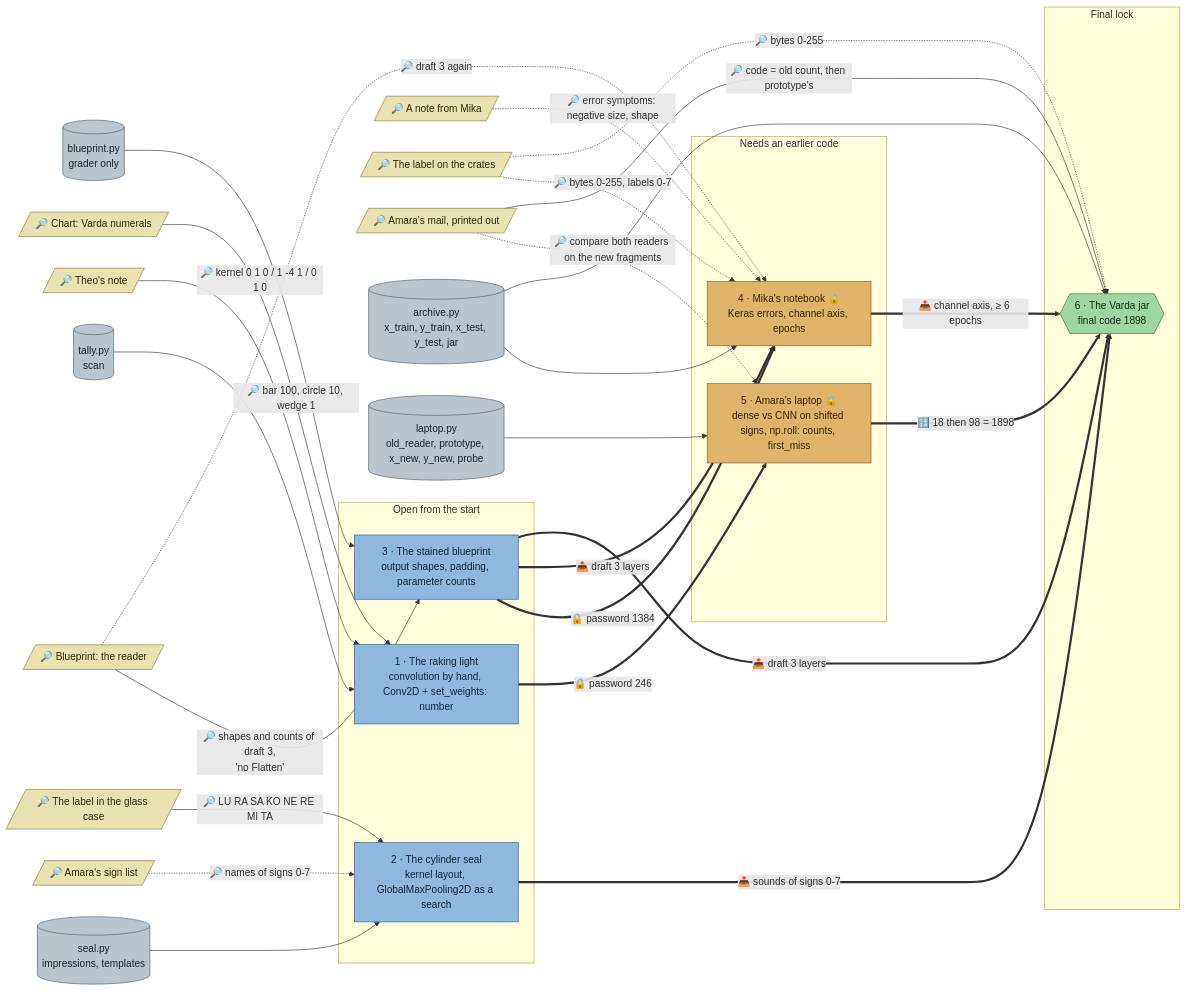
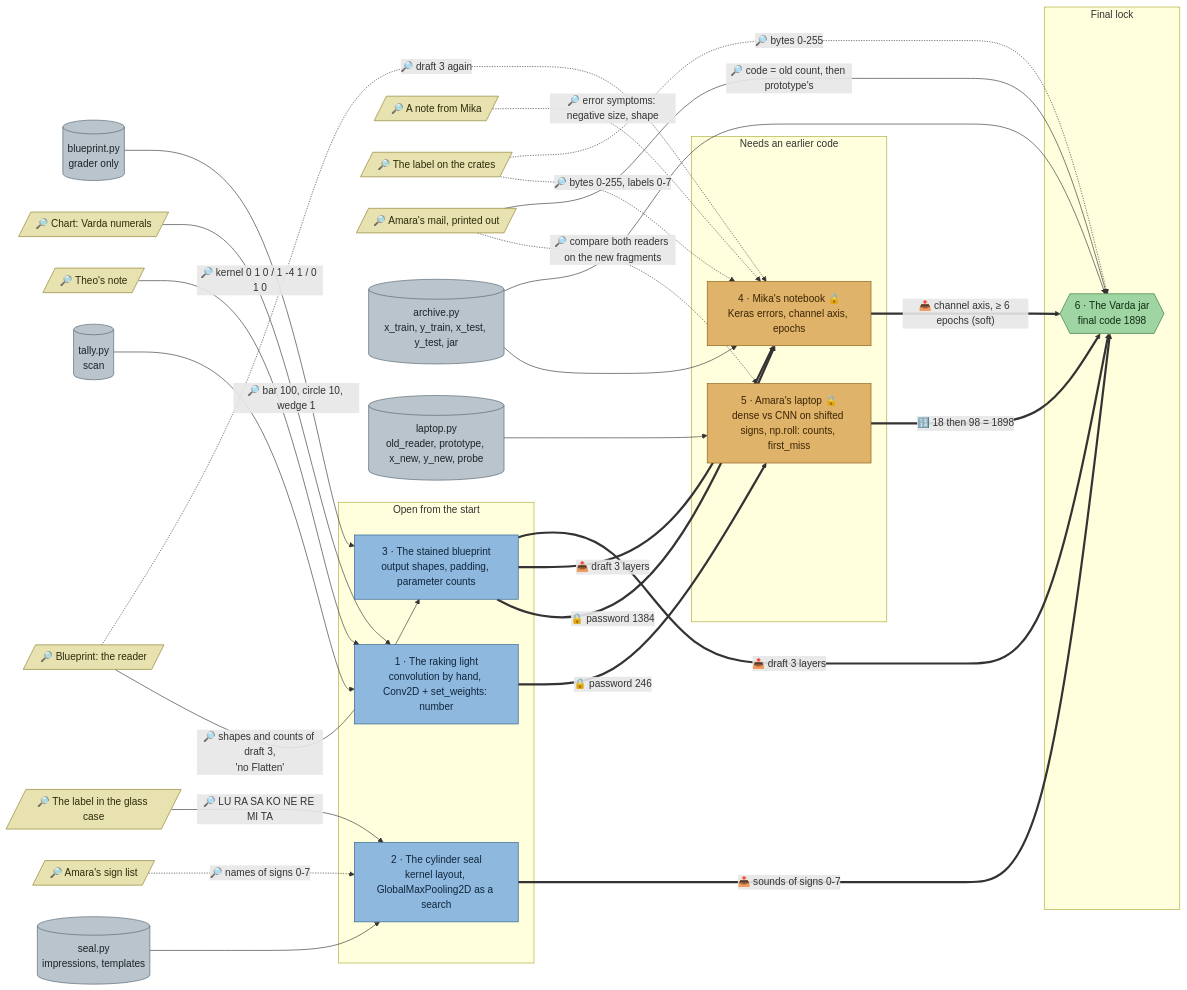
The diagram in docs/flows/nn-tablets.md (mhoffmann-wbs/DataScienceEscapeRooms), drawn with Mermaid before and after one commit. The commit also changed other lines of this file and 5 other files, not shown here.

Commit message:
The Varda Tablets: the final now also checks the lid's fields (scaled, with a channel axis) and that the signs are what the team's own reader reads from them, so the lid can't be read off by eye

````diff
--- a/docs/flows/nn-tablets.md
+++ b/docs/flows/nn-tablets.md
@@ -5,70 +5,70 @@
 ```mermaid
 flowchart LR
   theonote[/"🔎 Theo's note"/]
   numerals[/"🔎 Chart: Varda numerals"/]
   signlist[/"🔎 Amara's sign list"/]
   sealcaption[/"🔎 The label in the glass case"/]
   blueprintsheet[/"🔎 Blueprint: the reader"/]
   mikanote[/"🔎 A note from Mika"/]
   archivelabel[/"🔎 The label on the crates"/]
   amaramail[/"🔎 Amara's mail, printed out"/]
 
   d_tally[("tally.py<br/>scan")]
   d_seal[("seal.py<br/>impressions, templates")]
   d_blueprint[("blueprint.py<br/>grader only")]
   d_archive[("archive.py<br/>x_train, y_train, x_test, y_test, jar")]
   d_laptop[("laptop.py<br/>old_reader, prototype, x_new, y_new, probe")]
 
   subgraph p1["Open from the start"]
     tally["1 · The raking light<br/>convolution by hand, Conv2D + set_weights: number"]
     seal["2 · The cylinder seal<br/>kernel layout, GlobalMaxPooling2D as a search"]
     blueprint["3 · The stained blueprint<br/>output shapes, padding, parameter counts"]
   end
 
   subgraph p2["Needs an earlier code"]
     notebook["4 · Mika's notebook 🔒<br/>Keras errors, channel axis, epochs"]
     laptop["5 · Amara's laptop 🔒<br/>dense vs CNN on shifted signs, np.roll: counts, first_miss"]
   end
 
   subgraph p3["Final lock"]
     jar{{"6 · The Varda jar<br/>final code 1898"}}
   end
 
   d_tally --> tally
   d_seal --> seal
   d_blueprint --> blueprint
   d_archive --> notebook
   d_archive --> jar
   d_laptop --> laptop
 
   theonote -->|"🔎 kernel 0 1 0 / 1 -4 1 / 0 1 0"| tally
   numerals -->|"🔎 bar 100, circle 10, wedge 1"| tally
   signlist -.->|"🔎 names of signs 0-7"| seal
   sealcaption -->|"🔎 LU RA SA KO NE RE MI TA"| seal
   blueprintsheet -->|"🔎 shapes and counts of draft 3,<br/>'no Flatten'"| blueprint
   blueprintsheet -.->|"🔎 draft 3 again"| notebook
   mikanote -.->|"🔎 error symptoms: negative size, shape"| notebook
   archivelabel -.->|"🔎 bytes 0-255, labels 0-7"| notebook
   archivelabel -.->|"🔎 bytes 0-255"| jar
   amaramail -.->|"🔎 compare both readers on the new fragments"| laptop
   amaramail -->|"🔎 code = old count, then prototype's"| jar
 
   blueprint ==>|"🔒 password 1384"| notebook
   blueprint ==>|"📤 draft 3 layers"| notebook
   tally ==>|"🔒 password 246"| laptop
   laptop ==>|"🔢 18 then 98 = 1898"| jar
   seal ==>|"📤 sounds of signs 0-7"| jar
   blueprint ==>|"📤 draft 3 layers"| jar
-  notebook ==>|"📤 channel axis, ≥ 6 epochs"| jar
+  notebook ==>|"📤 channel axis, ≥ 6 epochs (soft)"| jar
 
   classDef station fill:#8fb8de,stroke:#2b5d8a,color:#10263b
   classDef locked fill:#e0b36a,stroke:#8a5a12,color:#3a2504
   classDef clue fill:#e8e2b0,stroke:#8a7f2b,color:#2e2a0b
   classDef data fill:#b9c4cc,stroke:#55636e,color:#1c2329
   classDef final fill:#9fd4a3,stroke:#2f7a36,color:#0f2e12
   class tally,seal,blueprint station
   class notebook,laptop locked
   class theonote,numerals,signlist,sealcaption,blueprintsheet,mikanote,archivelabel,amaramail clue
   class d_tally,d_seal,d_blueprint,d_archive,d_laptop data
   class jar final
 ```
````
